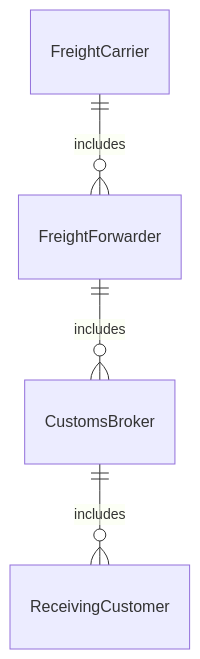
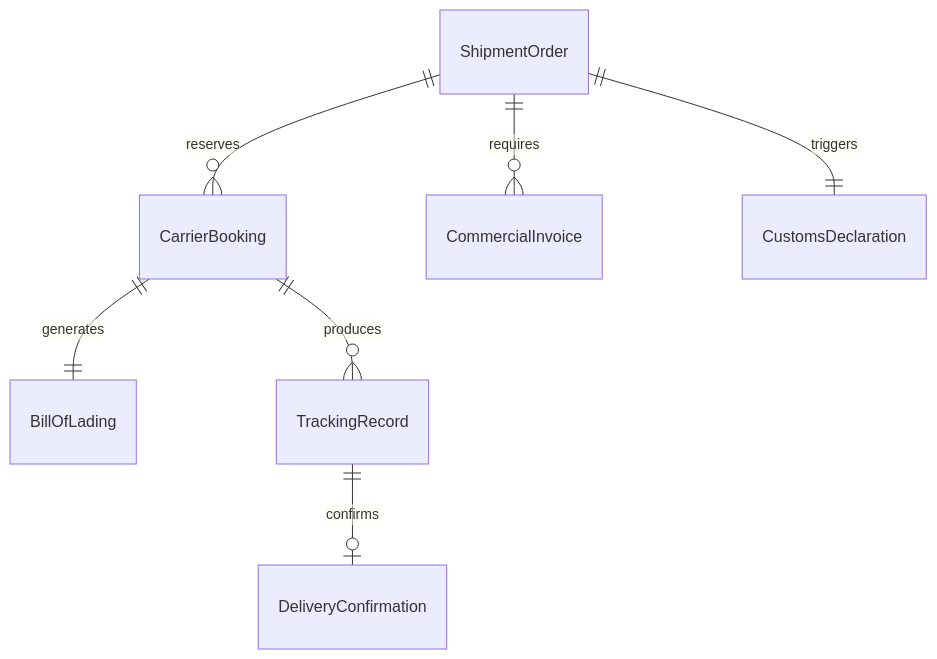
One commit to dot-org-ai/tasks.org.ai changed the first of 4 diagrams in GuidingDirectingAndMotivatingSubordinates/DirectOrganizationalOperationsActivitiesOrProcedures/CoordinateShippingActivitiesExternalParties.mdx. Above: the diagram before and after it, drawn with Mermaid. The commit also changed other lines of this file and 515 other files, not shown here.

````diff
--- a/GuidingDirectingAndMotivatingSubordinates/DirectOrganizationalOperationsActivitiesOrProcedures/CoordinateShippingActivitiesExternalParties.mdx
+++ b/GuidingDirectingAndMotivatingSubordinates/DirectOrganizationalOperationsActivitiesOrProcedures/CoordinateShippingActivitiesExternalParties.mdx
@@ -91,6 +91,9 @@
 ```mermaid
 erDiagram
-    FreightCarrier ||--o{ FreightForwarder : includes
-    FreightForwarder ||--o{ CustomsBroker : includes
-    CustomsBroker ||--o{ ReceivingCustomer : includes
+    ShipmentOrder ||--o{ CarrierBooking : "reserves"
+    CarrierBooking ||--|| BillOfLading : "generates"
+    ShipmentOrder ||--o{ CommercialInvoice : "requires"
+    ShipmentOrder ||--|| CustomsDeclaration : "triggers"
+    CarrierBooking ||--o{ TrackingRecord : "produces"
+    TrackingRecord ||--o| DeliveryConfirmation : "confirms"
 ```
````
